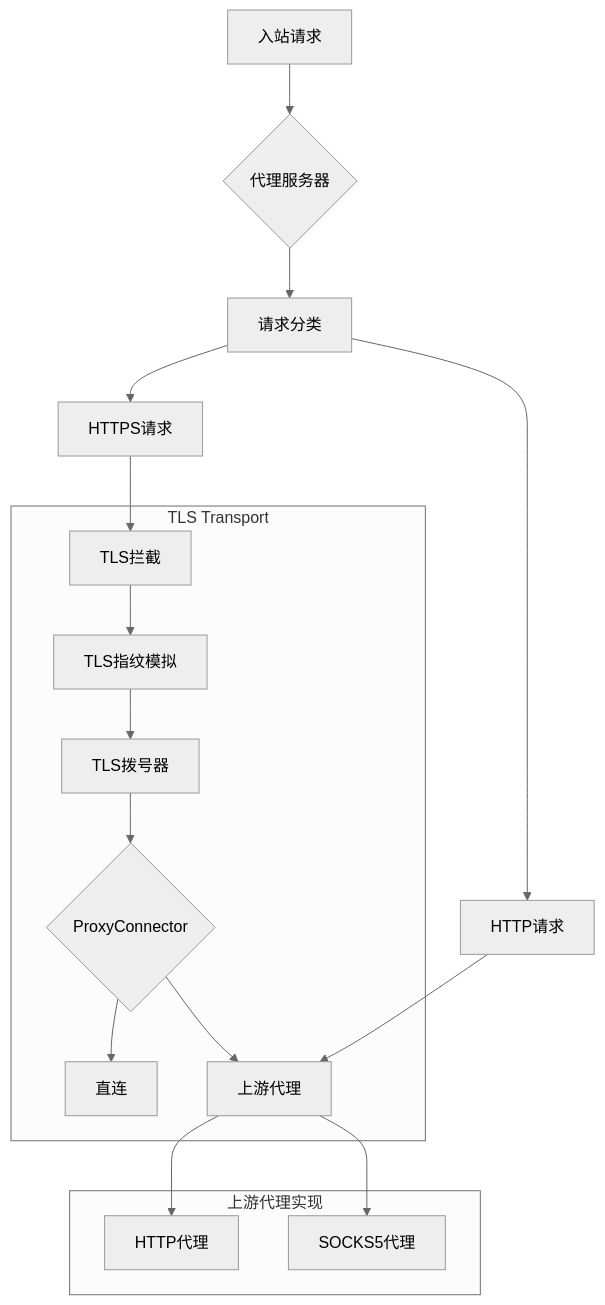
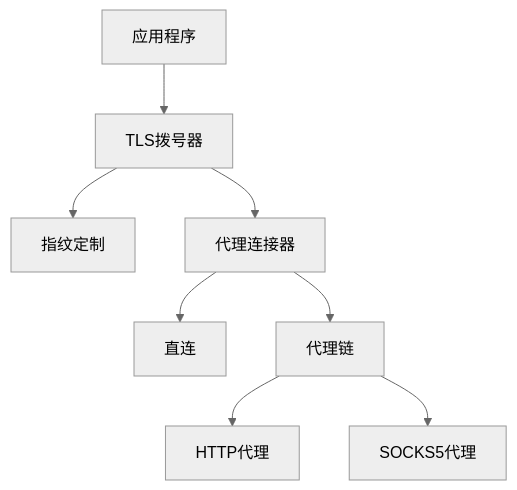
Before and after one commit to Aberstone/fingertls: the diagram in README.md, drawn with Mermaid (neutral theme). The commit also changed other lines of this file and 11 other files, not shown here.

````diff
--- a/README.md
+++ b/README.md
@@ -86,23 +64,12 @@
 ```mermaid
 graph TD
-    A[入站请求] --> B{代理服务器}
-    B --> C[请求分类]
-    C --> D[HTTP请求]
-    C --> E[HTTPS请求]
-    E --> F[TLS拦截]
-
-    subgraph TLS Transport
-    F --> G[TLS指纹模拟]
-    G --> H[TLS拨号器]
-    H --> I{ProxyConnector}
-    I --> J[直连]
-    I --> K[上游代理]
-    end
-
-    subgraph 上游代理实现
-    K --> L[HTTP代理]
-    K --> M[SOCKS5代理]
-    end
-
-    D --> K
+    A[应用程序] --> B[TLS拨号器]
+    B --> C[指纹定制]
+    B --> D[代理连接器]
+    
+    D --> E[直连]
+    D --> F[代理链]
+    
+    F --> G[HTTP代理]
+    F --> H[SOCKS5代理]
 ```
````
